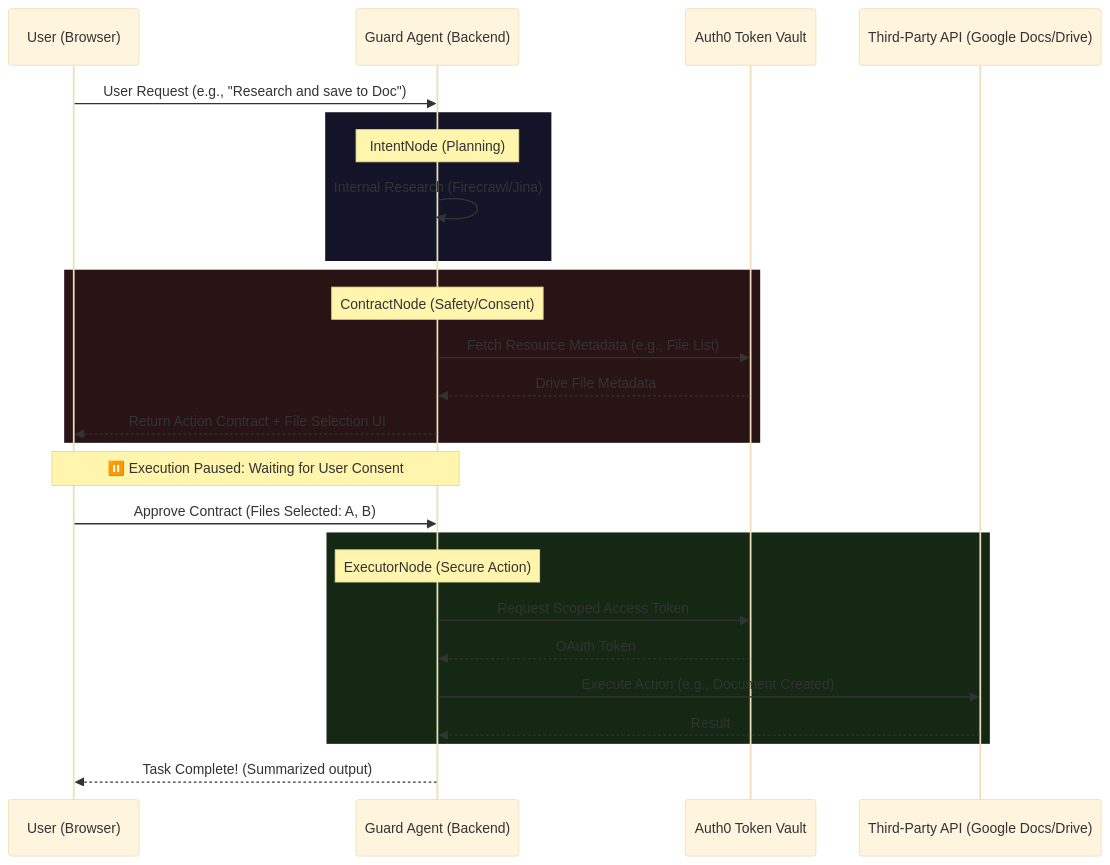
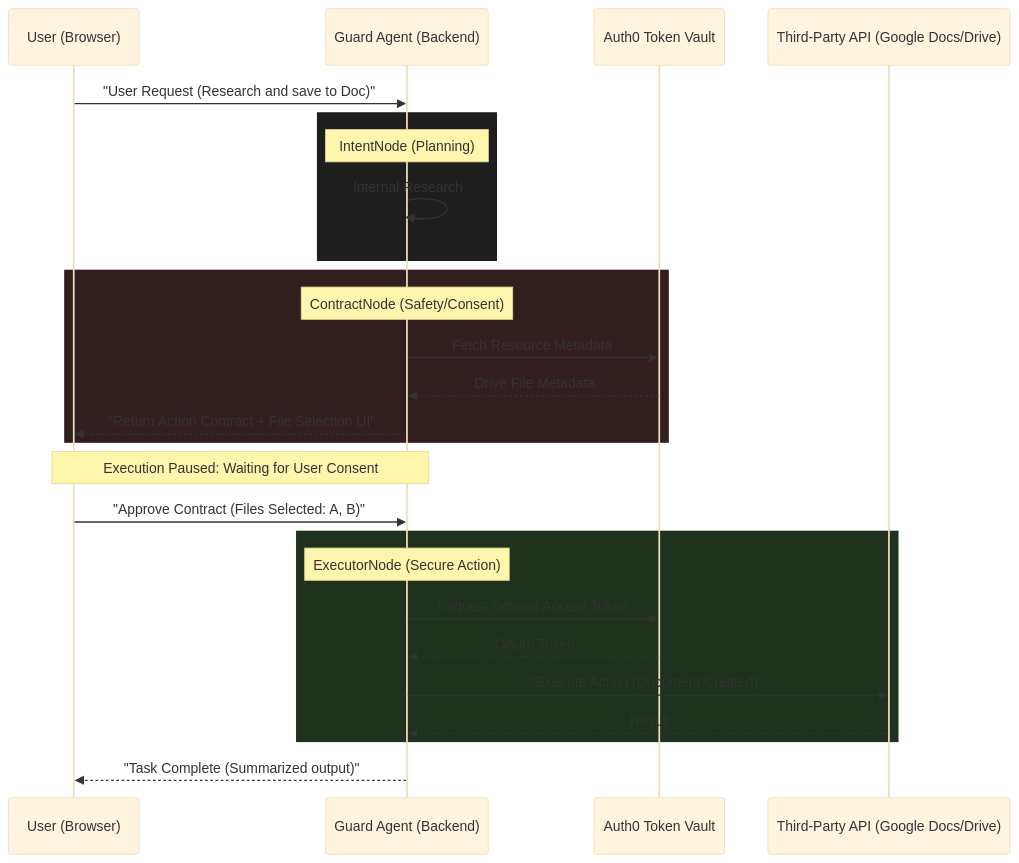
The diagram in README.md (Niteesh57/GuardAgent), drawn with Mermaid (base theme) before and after one commit. The commit also changed 1 other file, not shown here.

Commit message:
Fix Mermaid syntax for GitHub compatibility

````diff
--- a/README.md
+++ b/README.md
@@ -26,35 +26,35 @@
 ```mermaid
 sequenceDiagram
     participant User as User (Browser)
     participant Agent as Guard Agent (Backend)
     participant Auth0 as Auth0 Token Vault
     participant API as Third-Party API (Google Docs/Drive)
 
-    User->>Agent: User Request (e.g., "Research and save to Doc")
+    User->>Agent: "User Request (Research and save to Doc)"
     
-    rect rgb(20, 20, 40)
+    rect rgb(30, 30, 30)
         Note over Agent: IntentNode (Planning)
-        Agent->>Agent: Internal Research (Firecrawl/Jina)
+        Agent->>Agent: Internal Research
     end
 
-    rect rgb(40, 20, 20)
+    rect rgb(50, 30, 30)
         Note over Agent: ContractNode (Safety/Consent)
-        Agent->>Auth0: Fetch Resource Metadata (e.g., File List)
+        Agent->>Auth0: Fetch Resource Metadata
         Auth0-->>Agent: Drive File Metadata
-        Agent-->>User: Return Action Contract + File Selection UI
+        Agent-->>User: "Return Action Contract + File Selection UI"
     end
 
-    Note over User, Agent: ⏸️ Execution Paused: Waiting for User Consent
+    Note over User, Agent: Execution Paused: Waiting for User Consent
 
-    User->>Agent: Approve Contract (Files Selected: A, B)
+    User->>Agent: "Approve Contract (Files Selected: A, B)"
 
-    rect rgb(20, 40, 20)
+    rect rgb(30, 50, 30)
         Note over Agent: ExecutorNode (Secure Action)
         Agent->>Auth0: Request Scoped Access Token
         Auth0-->>Agent: OAuth Token
-        Agent->>API: Execute Action (e.g., Document Created)
+        Agent->>API: "Execute Action (Document Created)"
         API-->>Agent: Result
     end
 
-    Agent-->>User: Task Complete! (Summarized output)
+    Agent-->>User: "Task Complete (Summarized output)"
 ```
````
